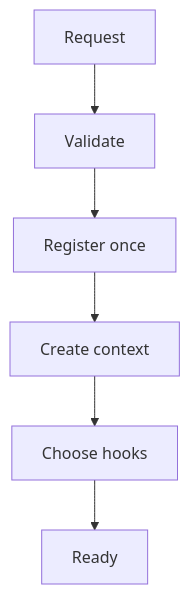
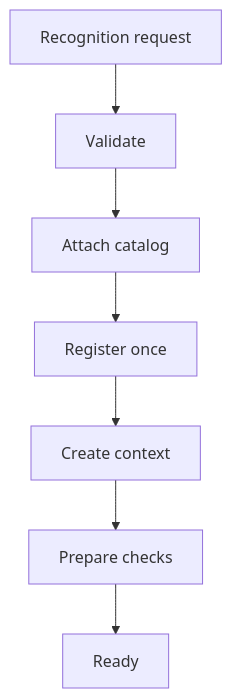
The second of 3 diagrams in docs/Codebase/Microservice/Modules/Source/Analysis/Patterns/Middleman/Middleman/pattern_middleman.cpp.md (JohnAndrewBalbarosa/NeoTerritory), drawn with Mermaid before and after one commit. The commit also changed other lines of this file and 182 other files, not shown here.

````diff
--- a/docs/Codebase/Microservice/Modules/Source/Analysis/Patterns/Middleman/Middleman/pattern_middleman.cpp.md
+++ b/docs/Codebase/Microservice/Modules/Source/Analysis/Patterns/Middleman/Middleman/pattern_middleman.cpp.md
@@ -45,14 +49,16 @@
 ```mermaid
 flowchart TD
-    Start["Request"]
+    Start["Recognition request"]
     N0["Validate"]
-    N1["Register once"]
-    N2["Create context"]
-    N3["Choose hooks"]
+    N1["Attach catalog"]
+    N2["Register once"]
+    N3["Create context"]
+    N4["Prepare checks"]
     End["Ready"]
     Start --> N0
     N0 --> N1
     N1 --> N2
     N2 --> N3
-    N3 --> End
+    N3 --> N4
+    N4 --> End
 ```
````
